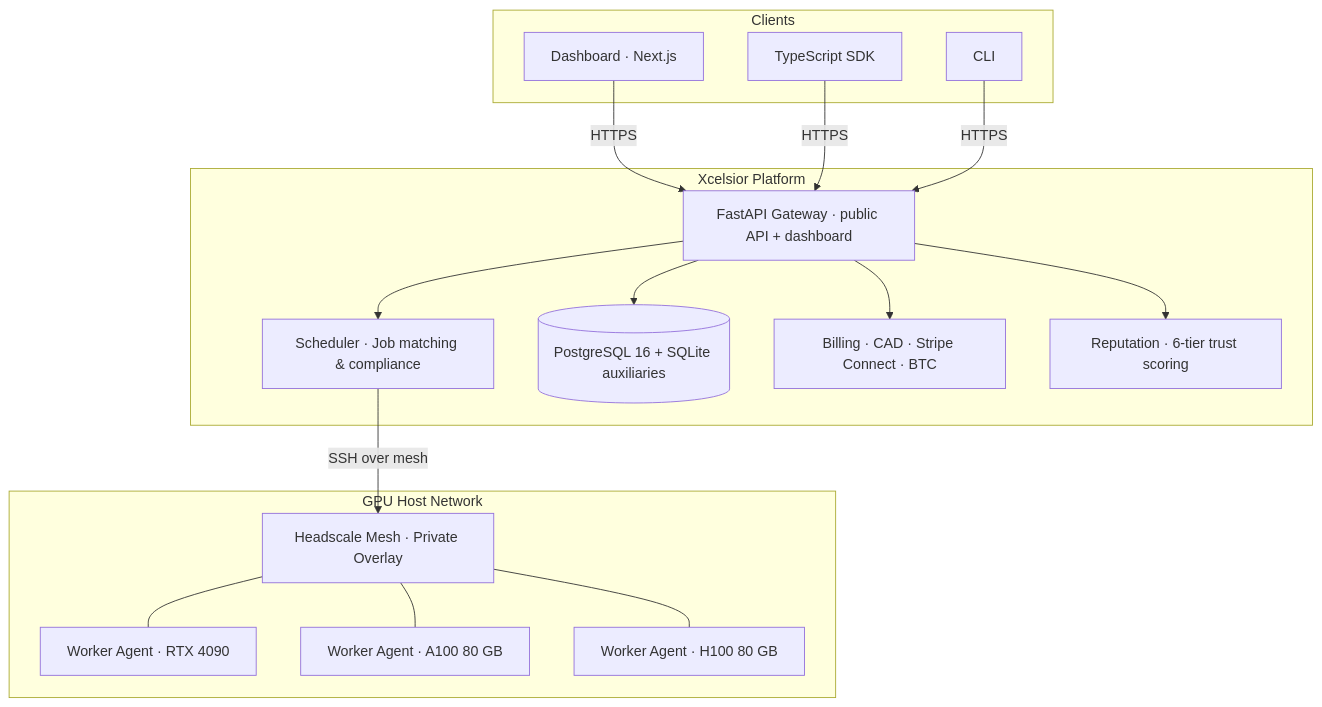
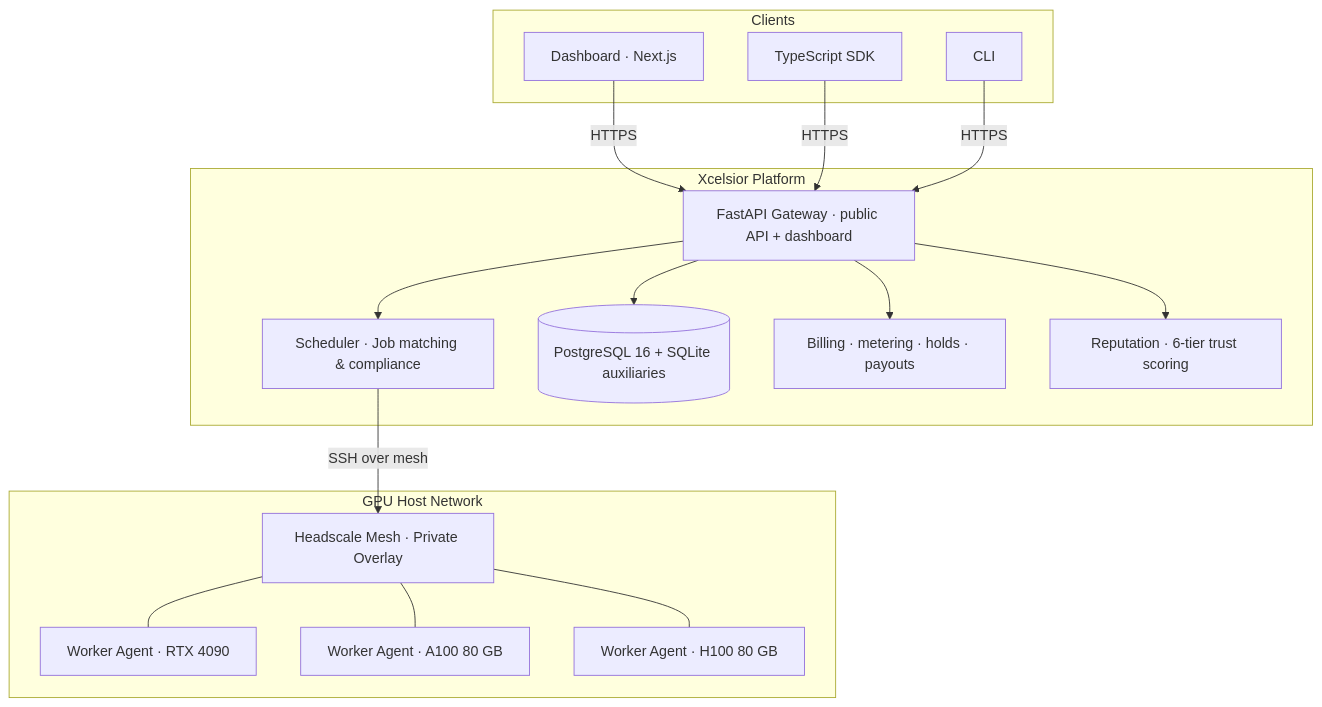
The first of 2 diagrams in README.md (aabiro/xcelsior), drawn with Mermaid before and after one commit. The commit also changed other lines of this file and 8 other files, not shown here.

````diff
--- a/README.md
+++ b/README.md
@@ -25,31 +25,31 @@
 ```mermaid
 graph TB
     subgraph clients["Clients"]
         dashboard["Dashboard · Next.js"]
         sdk["TypeScript SDK"]
         cli["CLI"]
     end
 
     subgraph platform["Xcelsior Platform"]
         api["FastAPI Gateway · public API + dashboard"]
         scheduler["Scheduler · Job matching & compliance"]
         db[("PostgreSQL 16 + SQLite auxiliaries")]
-        billing["Billing · CAD · Stripe Connect · BTC"]
+        billing["Billing · metering · holds · payouts"]
         reputation["Reputation · 6-tier trust scoring"]
     end
 
     subgraph hosts["GPU Host Network"]
         mesh["Headscale Mesh · Private Overlay"]
         worker1["Worker Agent · RTX 4090"]
         worker2["Worker Agent · A100 80 GB"]
         worker3["Worker Agent · H100 80 GB"]
     end
 
     dashboard & sdk & cli -->|HTTPS| api
     api --> scheduler
     api --> db
     api --> billing
     api --> reputation
     scheduler -->|SSH over mesh| mesh
     mesh --- worker1 & worker2 & worker3
 ```
````
